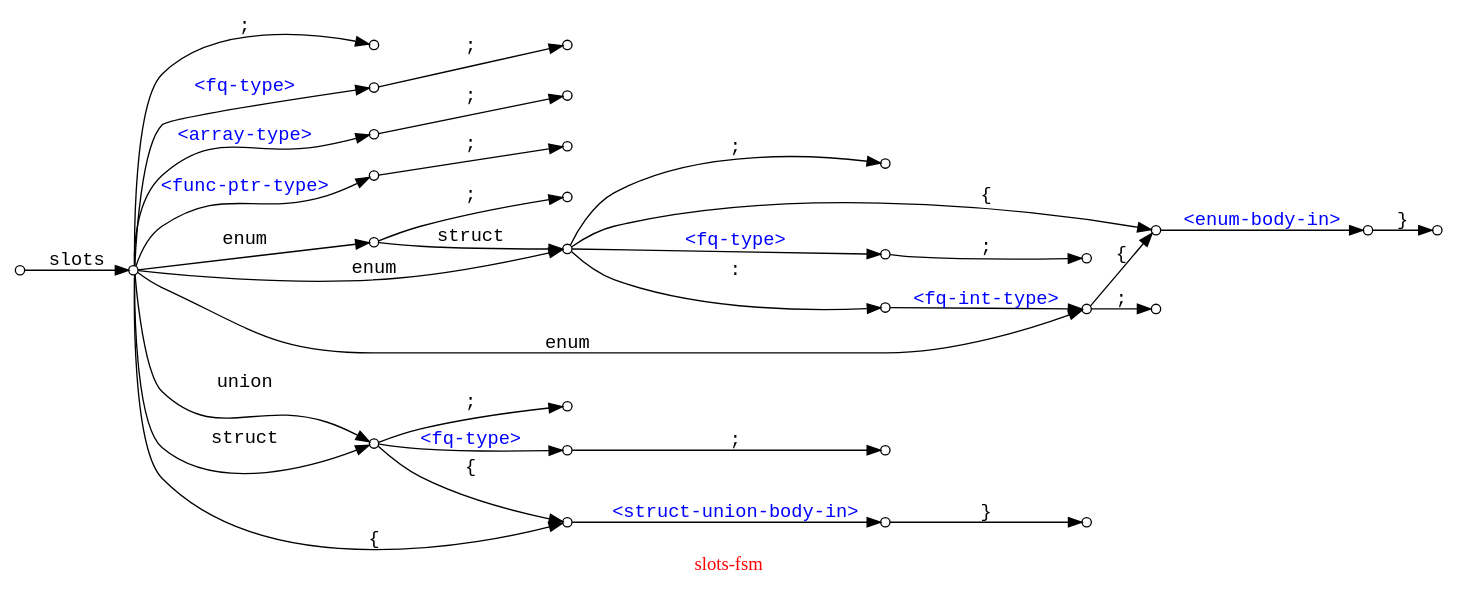
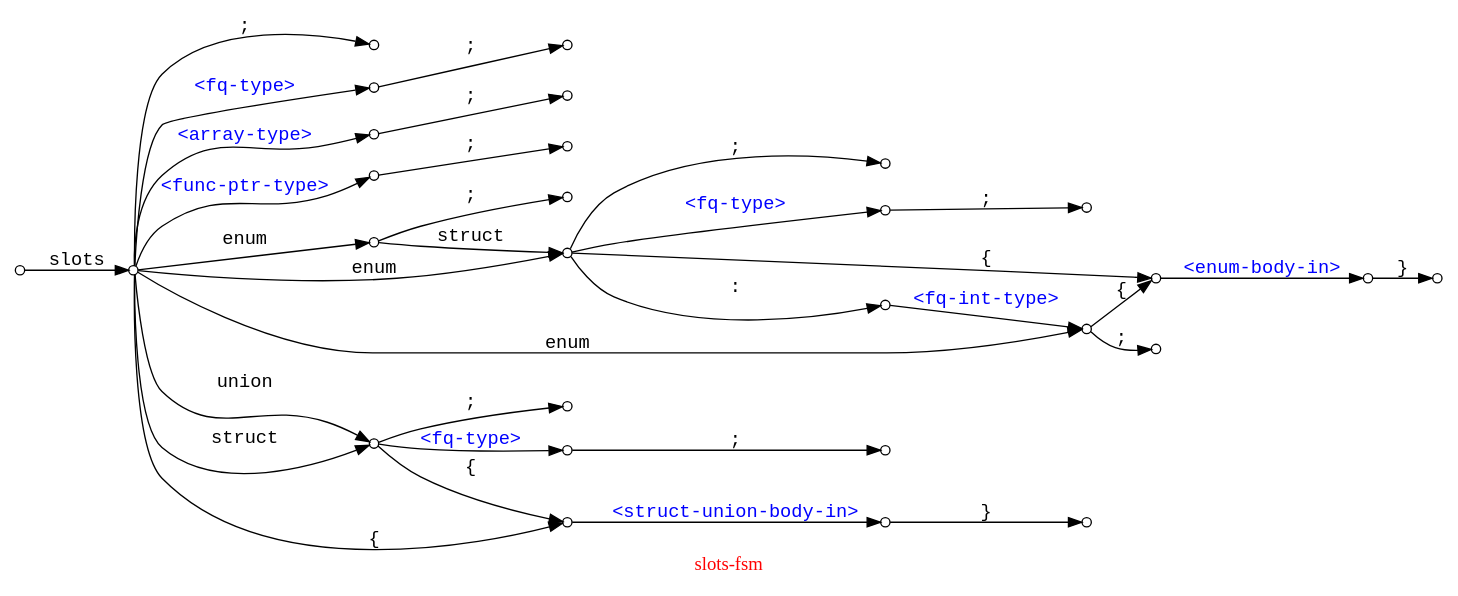
The diagram in slots-fsm.dot (Ayyzee/dakota), drawn with Graphviz before and after one commit. The commit also changed other lines of this file, not shown here.

```diff
--- a/slots-fsm.dot
+++ b/slots-fsm.dot
@@ -1,71 +1,71 @@
 // -*- mode: c++ -*-
 
 // slots                  ;
 // slots               <> ;
 // slots                  { ... }
 
 // slots struct           ;
 // slots struct        <> ;
 // slots struct           { ... }
 
 // slots union            ;
 // slots union         <> ;
 // slots union            { ... }
 
 // slots enum             ;
 // slots enum          <> ;
 // slots enum             { ... }
 // slots enum        : <> ;
 // slots enum        : <> { ... }
 
 // slots enum struct      ;
 // slots enum struct   <> ;
 // slots enum struct      { ... }
 // slots enum struct : <> ;
 // slots enum struct : <> { ... }
 
 // slots <array-type>     ;
 // slots <func-ptr-type>  ;
 
 digraph "slots-fsm" {
   graph [ rankdir = LR, label = "\G", fontcolor = red ];
   edge [ fontname = "courier" ];
   node [ shape = circle, fontsize = 12, width = 0.3, fixedsize = true ];
   node [ label = "", width = 0.1 ];
 
   000 -> 010 [ label = "slots" ];
 
   010 -> 015 [ label = ";" ];
   010 -> 140 [ label = "<fq-type>", fontcolor = blue ];
   010 -> 141 [ label = "<array-type>", fontcolor = blue ];
   010 -> 142 [ label = "<func-ptr-type>", fontcolor = blue ];
   140 -> 145 [ label = ";" ];
   141 -> 146 [ label = ";" ];
   142 -> 147 [ label = ";" ];
 
   010 -> 020 [ label = "enum" ];
   010 -> 030 [ label = "enum" ];
   010 -> 050 [ label = "enum" ];
   020 -> 030 [ label = "struct" ];
   020 -> 025 [ label = ";" ];
   030 -> 040 [ label = ":" ];
   030 -> 035 [ label = ";" ];
-  030 -> 060 [ label = "{" ];
   030 -> 170 [ label = "<fq-type>", fontcolor = blue ];
   170 -> 180 [ label = ";" ];
+  030 -> 060 [ label = "{" ];
   040 -> 050 [ label = "<fq-int-type>", fontcolor = blue ];
   050 -> 060 [ label = "{" ];
   050 -> 055 [ label = ";" ];
   060 -> 070 [ label = "<enum-body-in>", fontcolor = blue ];
   070 -> 080 [ label = "}" ];
 
   010 -> 100 [ label = "union" ];
   010 -> 100 [ label = "struct" ];
   010 -> 110 [ label = "{" ];
   100 -> 110 [ label = "{" ];
   100 -> 105 [ label = ";" ];
   100 -> 150 [ label = "<fq-type>", fontcolor = blue ];
   150 -> 160 [ label = ";" ];
   110 -> 120 [ label = "<struct-union-body-in>", fontcolor = blue ];
   120 -> 130 [ label = "}" ];
 }
```
